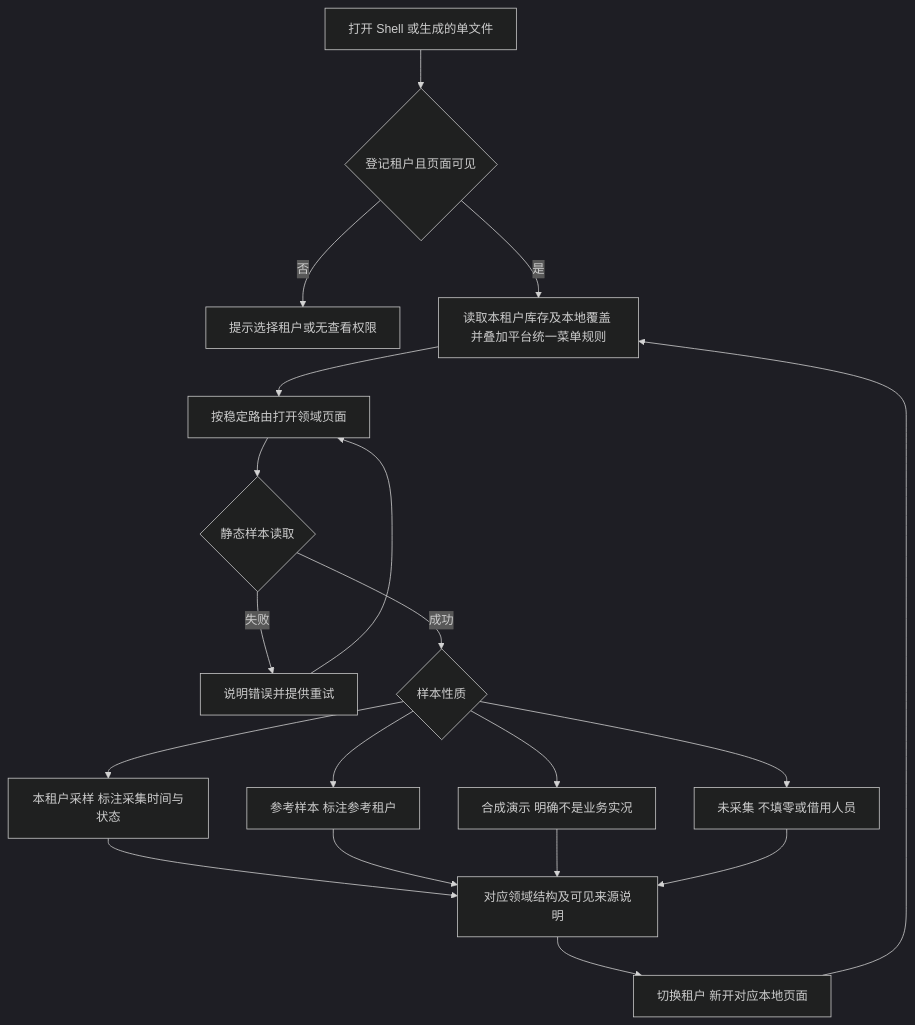
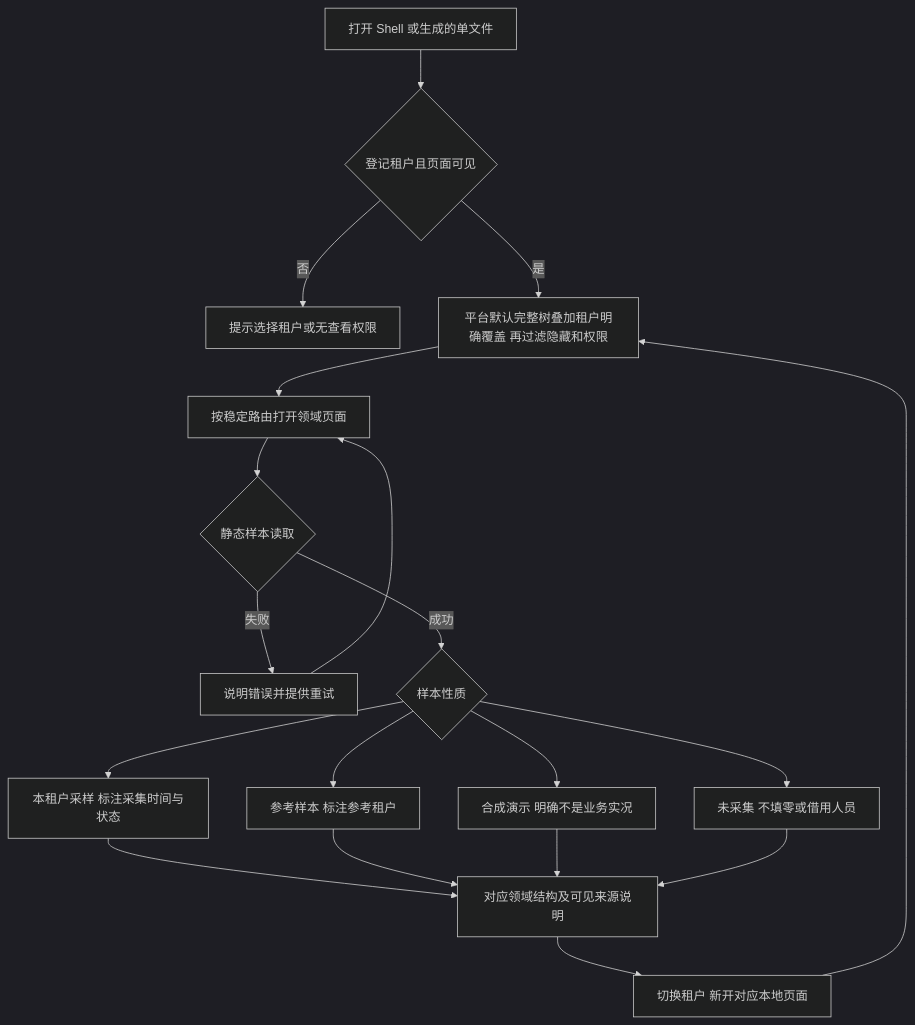
One commit to xfang9528-glitch/suiyin-admin changed the first of 9 diagrams in flowcharts/admin-live-reference.md. Above: the diagram before and after it, drawn with Mermaid (dark theme). The commit also changed other lines of this file and 46 other files, not shown here.

````diff
--- a/flowcharts/admin-live-reference.md
+++ b/flowcharts/admin-live-reference.md
@@ -7,21 +7,21 @@
 ```mermaid
 flowchart TD
     Start[打开 Shell 或生成的单文件] --> Tenant{登记租户且页面可见}
     Tenant -->|否| Denied[提示选择租户或无查看权限]
-    Tenant -->|是| Config[读取本租户库存及本地覆盖 并叠加平台统一菜单规则]
+    Tenant -->|是| Config[平台默认完整树叠加租户明确覆盖 再过滤隐藏和权限]
     Config --> Route[按稳定路由打开领域页面]
     Route --> Load{静态样本读取}
     Load -->|失败| Retry[说明错误并提供重试]
     Retry --> Route
     Load -->|成功| Source{样本性质}
     Source --> Captured[本租户采样 标注采集时间与状态]
     Source --> Reference[参考样本 标注参考租户]
     Source --> Mock[合成演示 明确不是业务实况]
     Source --> Missing[未采集 不填零或借用人员]
     Captured --> Page[对应领域结构及可见来源说明]
     Reference --> Page
     Mock --> Page
     Missing --> Page
     Page --> Switch[切换租户 新开对应本地页面]
     Switch --> Config
 ```
````
